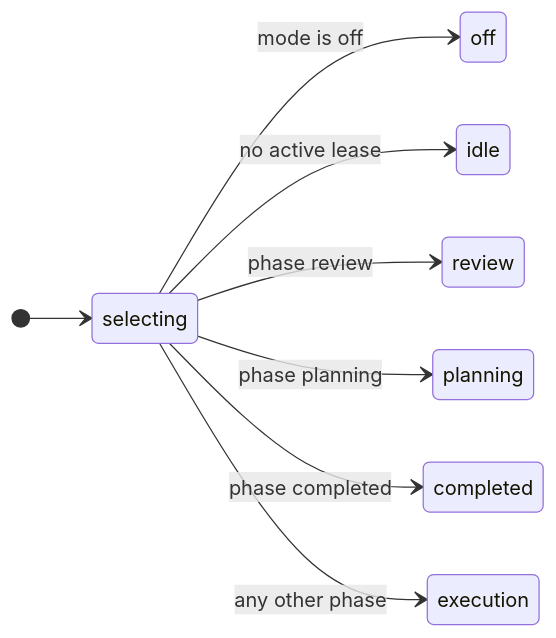
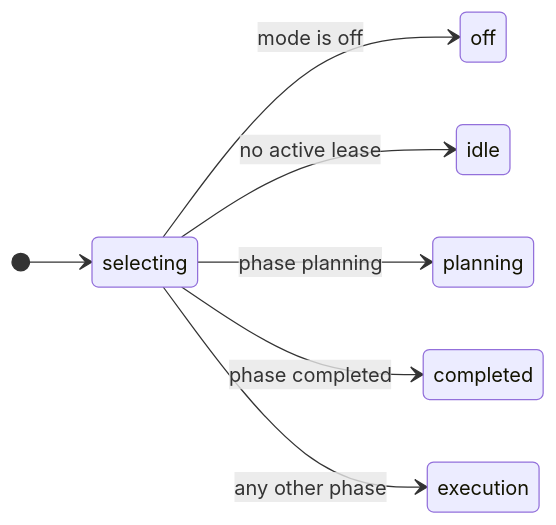
The first of 4 diagrams in extensions/router/README.md (nigel-upstart/pi-buildout), drawn with Mermaid before and after one commit. The commit also changed other lines of this file and 21 other files, not shown here.

````diff
--- a/extensions/router/README.md
+++ b/extensions/router/README.md
@@ -421,11 +468,10 @@
 ```mermaid
 stateDiagram-v2
   direction LR
   [*] --> selecting
   selecting --> off: mode is off
   selecting --> idle: no active lease
-  selecting --> review: phase review
   selecting --> planning: phase planning
   selecting --> completed: phase completed
   selecting --> execution: any other phase
 ```
````
